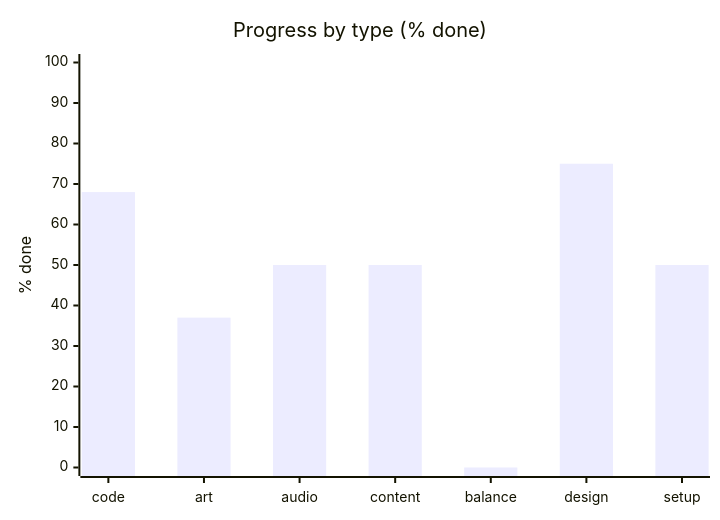
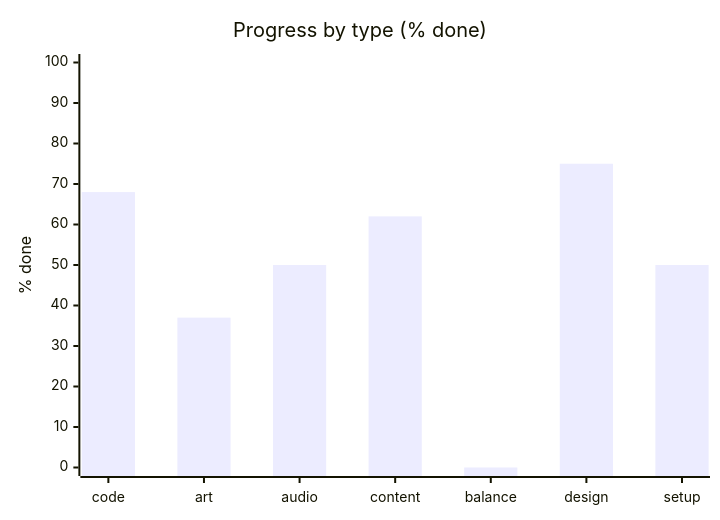
One commit to artemiiShabanov/RallyRivals changed the second of 3 diagrams in STATUS.md. Above: the diagram before and after it, drawn with Mermaid. The commit also changed other lines of this file and 6 other files, not shown here.

````diff
--- a/STATUS.md
+++ b/STATUS.md
@@ -17,7 +17,7 @@
 ```mermaid
 xychart-beta
     title "Progress by type (% done)"
     x-axis ["code", "art", "audio", "content", "balance", "design", "setup"]
     y-axis "% done" 0 --> 100
-    bar [68, 37, 50, 50, 0, 75, 50]
+    bar [68, 37, 50, 62, 0, 75, 50]
 ```
````
